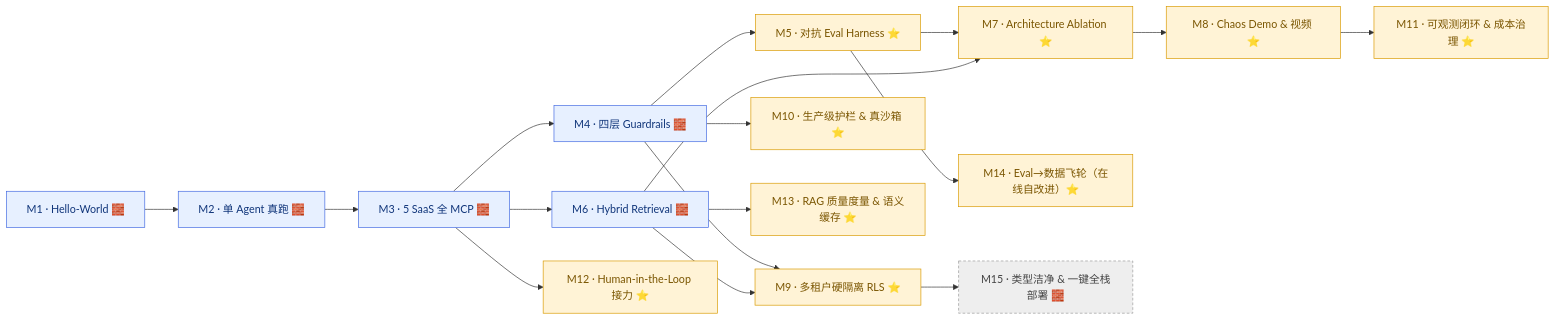
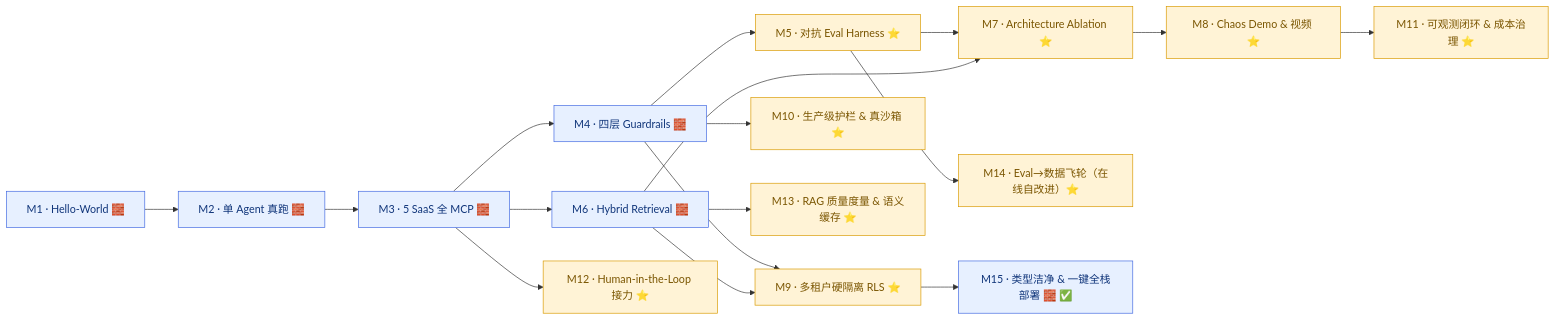
One commit to AndyUneducated/resolve-ai changed the diagram in docs/roadmap.md. Above: the diagram before and after it, drawn with Mermaid. The commit also changed other lines of this file and 15 other files, not shown here.

````diff
--- a/docs/roadmap.md
+++ b/docs/roadmap.md
@@ -22,26 +22,25 @@
 ```mermaid
 flowchart LR
   M1["M1 · Hello-World 🧱"] --> M2["M2 · 单 Agent 真跑 🧱"]
   M2 --> M3["M3 · 5 SaaS 全 MCP 🧱"]
   M3 --> M4["M4 · 四层 Guardrails 🧱"]
   M4 --> M5["M5 · 对抗 Eval Harness ⭐"]
   M3 --> M6["M6 · Hybrid Retrieval 🧱"]
   M5 --> M7["M7 · Architecture Ablation ⭐"]
   M6 --> M7
   M7 --> M8["M8 · Chaos Demo & 视频 ⭐"]
   M4 --> M9["M9 · 多租户硬隔离 RLS ⭐"]
   M6 --> M9
   %% ---- Phase 2（规划中）----
   M4 --> M10["M10 · 生产级护栏 & 真沙箱 ⭐"]
   M8 --> M11["M11 · 可观测闭环 & 成本治理 ⭐"]
   M3 --> M12["M12 · Human-in-the-Loop 接力 ⭐"]
   M6 --> M13["M13 · RAG 质量度量 & 语义缓存 ⭐"]
   M5 --> M14["M14 · Eval→数据飞轮（在线自改进）⭐"]
-  M9 --> M15["M15 · 类型洁净 & 一键全栈部署 🧱"]
+  M9 --> M15["M15 · 类型洁净 & 一键全栈部署 🧱 ✅"]
   classDef base fill:#e7f0ff,stroke:#4169E1,color:#10357a;
   classDef star fill:#fff3d6,stroke:#d99a00,color:#7a5500;
   classDef plan fill:#eee,stroke:#999,color:#444,stroke-dasharray: 4 3;
-  class M1,M2,M3,M4,M6 base;
+  class M1,M2,M3,M4,M6,M15 base;
   class M5,M7,M8,M9,M10,M11,M12,M13,M14 star;
-  class M15 plan;
 ```
````
